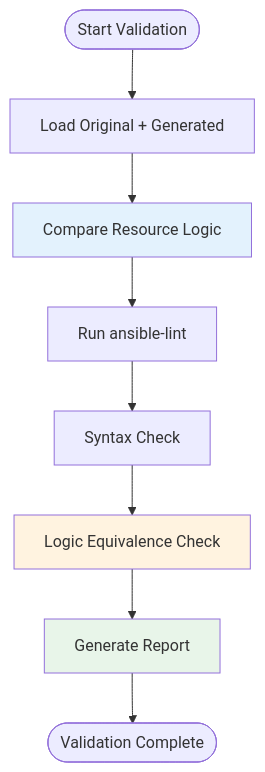
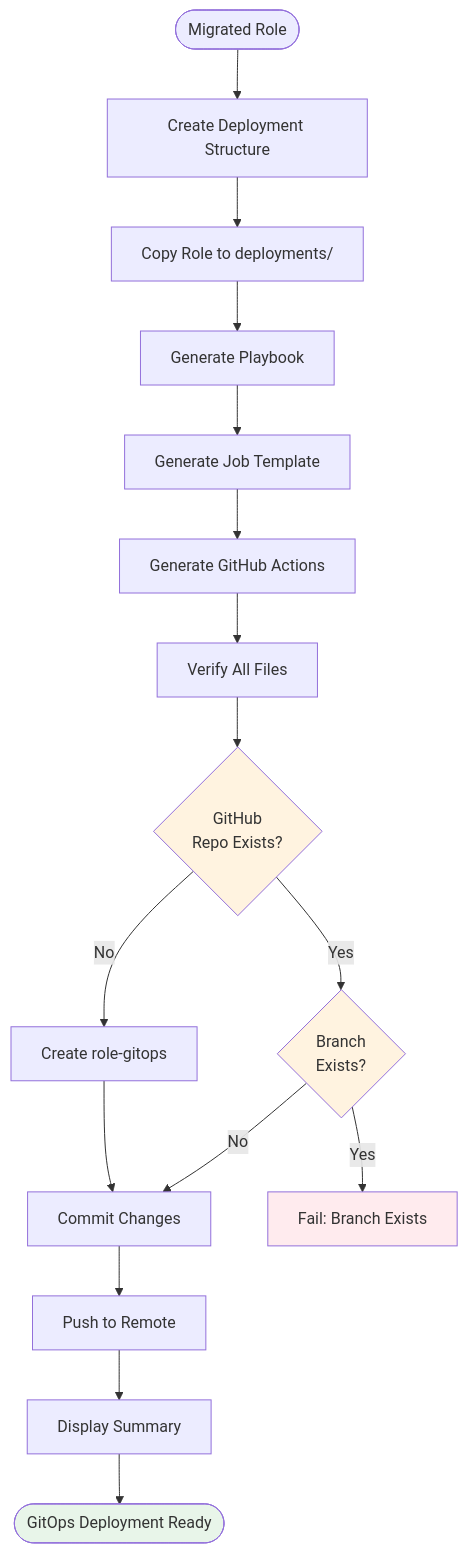
Before and after one commit to x2ansible/x2a-convertor: the sixth of 7 diagrams in docs/concepts/workflow.md, drawn with Mermaid. The commit also changed other lines of this file and 3 other files, not shown here.

````diff
--- a/docs/concepts/workflow.md
+++ b/docs/concepts/workflow.md
@@ -326,14 +320,27 @@
 ```mermaid
 flowchart TB
-    Start([Start Validation]) --> Load[Load Original + Generated]
-    Load --> Compare[Compare Resource Logic]
-    Compare --> Lint[Run ansible-lint]
-    Lint --> Syntax[Syntax Check]
-    Syntax --> Logic[Logic Equivalence Check]
-    Logic --> Report[Generate Report]
-    Report --> Done([Validation Complete])
+    Start([Migrated Role]) --> Create[Create Deployment Structure]
+    Create --> Copy[Copy Role to deployments/]
+    Copy --> Gen1[Generate Playbook]
+    Gen1 --> Gen2[Generate Job Template]
+    Gen2 --> Gen3[Generate GitHub Actions]
+    Gen3 --> Verify[Verify All Files]
+    Verify --> Repo{GitHub<br/>Repo Exists?}
 
-    style Compare fill:#e3f2fd
-    style Logic fill:#fff3e0
-    style Report fill:#e8f5e9
+    Repo -->|No| CreateRepo[Create role-gitops]
+    Repo -->|Yes| CheckBranch{Branch<br/>Exists?}
+
+    CreateRepo --> Commit[Commit Changes]
+    CheckBranch -->|No| Commit
+    CheckBranch -->|Yes| Error[Fail: Branch Exists]
+
+    Commit --> Push[Push to Remote]
+    Push --> Summary[Display Summary]
+
+    Summary --> Done([GitOps Deployment Ready])
+
+    style Repo fill:#fff3e0
+    style CheckBranch fill:#fff3e0
+    style Error fill:#ffebee
+    style Done fill:#e8f5e9
 ```
````
